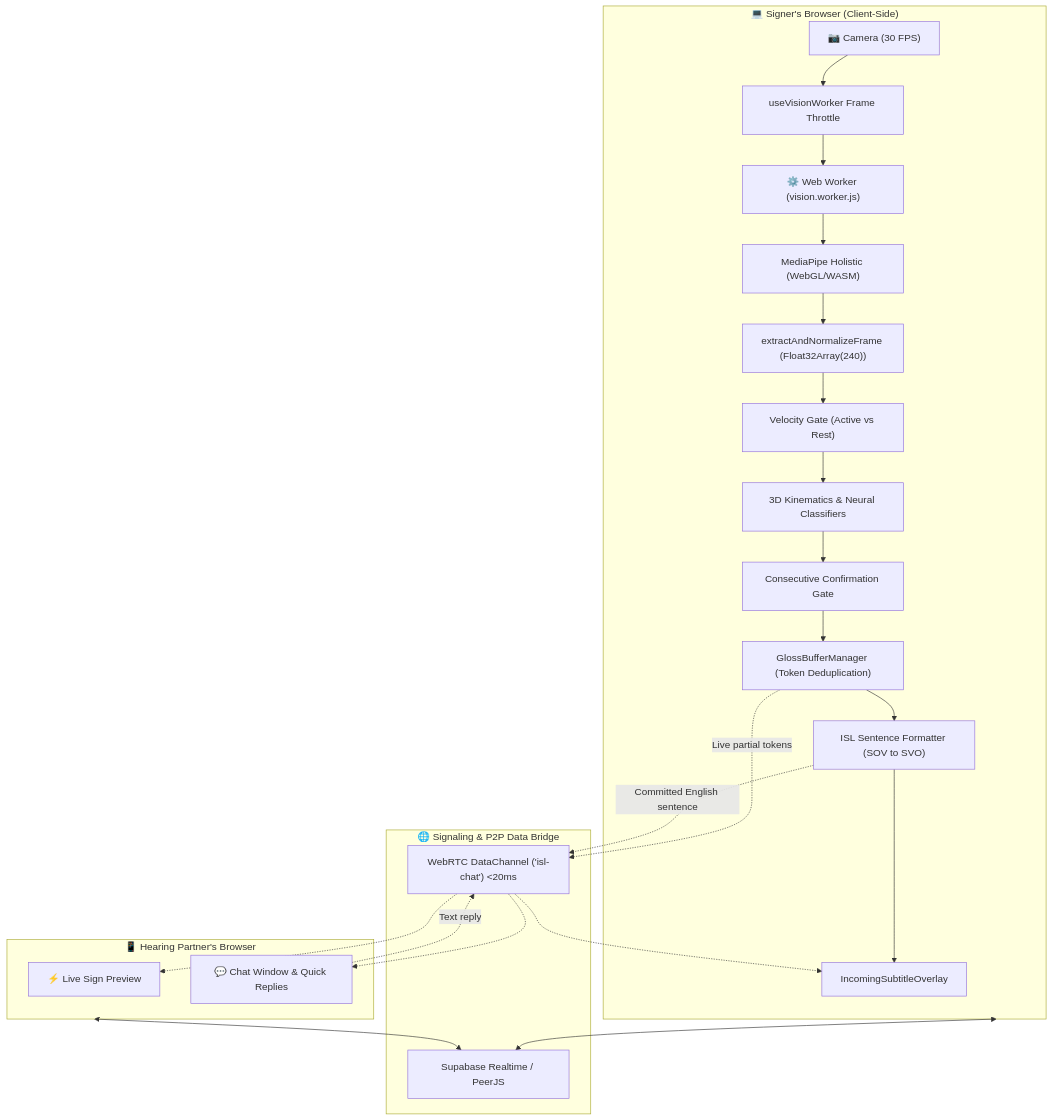
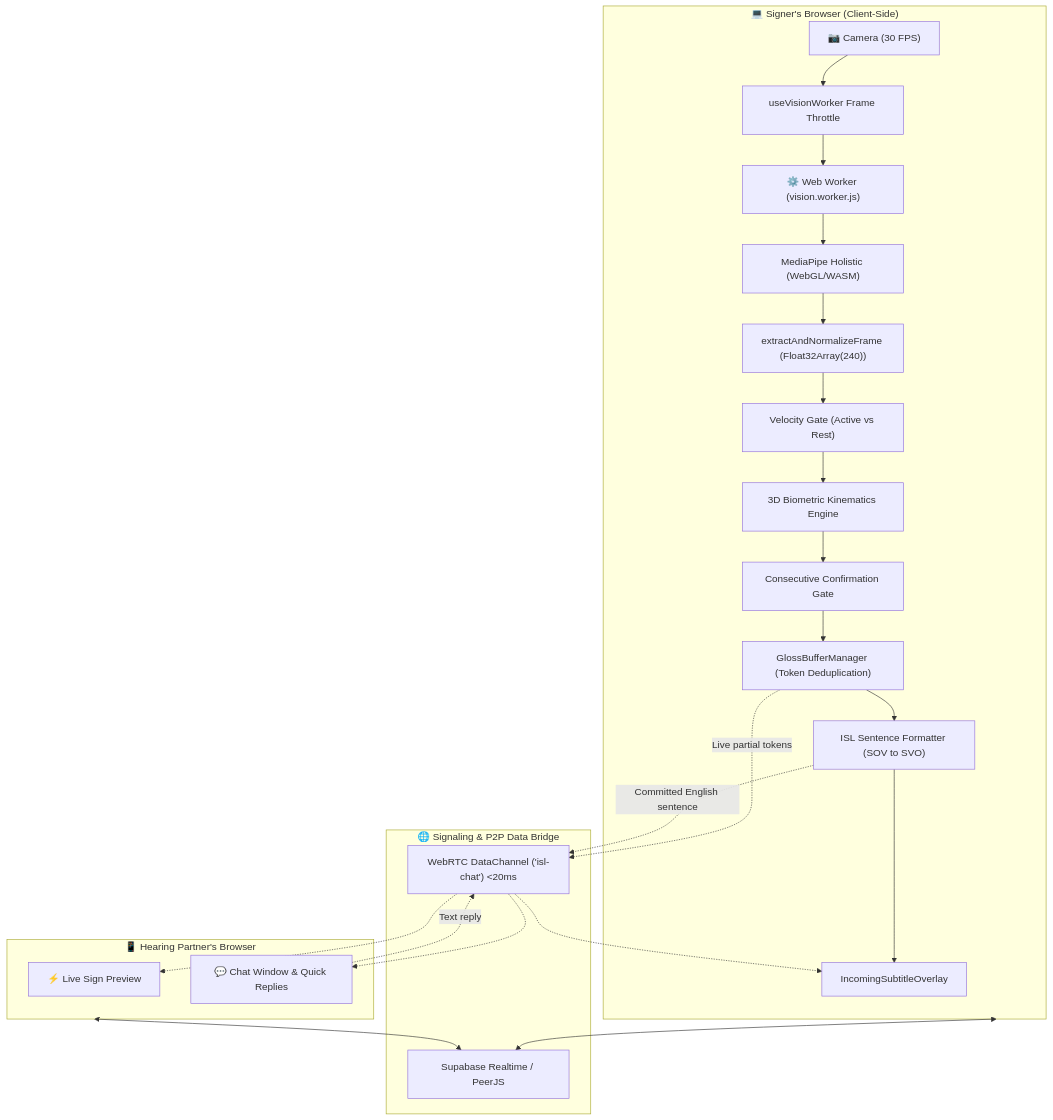
The second of 5 diagrams in README.md (vickysahuhere/signbridge), drawn with Mermaid before and after one commit. The commit also changed other lines of this file and 1 other file, not shown here.

Commit message:
docs: clarify that gesture recognition uses 3D kinematics and no working ONNX model is currently deployed

````diff
--- a/README.md
+++ b/README.md
@@ -155,34 +160,34 @@
 ```mermaid
 flowchart TD
     subgraph SignerBrowser["💻 Signer's Browser (Client-Side)"]
         Cam["📷 Camera (30 FPS)"] --> WBridge["useVisionWorker Frame Throttle"]
         WBridge --> Worker["⚙️ Web Worker (vision.worker.js)"]
         Worker --> MP["MediaPipe Holistic (WebGL/WASM)"]
         MP --> Norm["extractAndNormalizeFrame (Float32Array(240))"]
         Norm --> VGate["Velocity Gate (Active vs Rest)"]
-        VGate --> AI["3D Kinematics & Neural Classifiers"]
+        VGate --> AI["3D Biometric Kinematics Engine"]
         AI --> Hyst["Consecutive Confirmation Gate"]
         Hyst --> Buffer["GlossBufferManager (Token Deduplication)"]
         Buffer --> NLP["ISL Sentence Formatter (SOV to SVO)"]
         NLP --> HUD["IncomingSubtitleOverlay"]
     end
 
     subgraph NetworkLayer["🌐 Signaling & P2P Data Bridge"]
         Signaling["Supabase Realtime / PeerJS"]
         DataChannel["WebRTC DataChannel ('isl-chat') <20ms"]
     end
 
     subgraph PartnerBrowser["📱 Hearing Partner's Browser"]
         Preview["⚡ Live Sign Preview"]
         Chat["💬 Chat Window & Quick Replies"]
     end
 
     Buffer -.->|Live partial tokens| DataChannel
     NLP -.->|Committed English sentence| DataChannel
     DataChannel -.-> Preview
     DataChannel -.-> Chat
     Chat -.->|Text reply| DataChannel
     DataChannel -.-> HUD
     SignerBrowser <--> Signaling
     PartnerBrowser <--> Signaling
 ```
````
